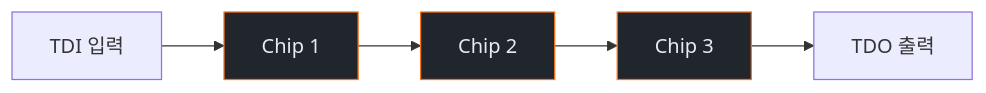
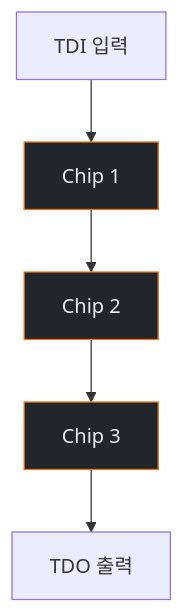
Before and after one commit to mrgrit/ccc: the second of 2 diagrams in contents/education/course17-iot-security/week03/lecture.md, drawn with Mermaid. The commit also changed 17 other files, not shown here.

First line of the commit message:
fix(content): mermaid 다이어그램 가로(LR) → 세로(TB) — 18 lecture

````diff
--- a/contents/education/course17-iot-security/week03/lecture.md
+++ b/contents/education/course17-iot-security/week03/lecture.md
@@ -141,10 +141,10 @@
 ```mermaid
-flowchart LR
+flowchart TB
     TDI[TDI 입력] --> C1[Chip 1]
     C1 --> C2[Chip 2]
     C2 --> C3[Chip 3]
     C3 --> TDO[TDO 출력]
     style C1 fill:#21262d,stroke:#f97316,color:#e6edf3
     style C2 fill:#21262d,stroke:#f97316,color:#e6edf3
     style C3 fill:#21262d,stroke:#f97316,color:#e6edf3
 ```
````
